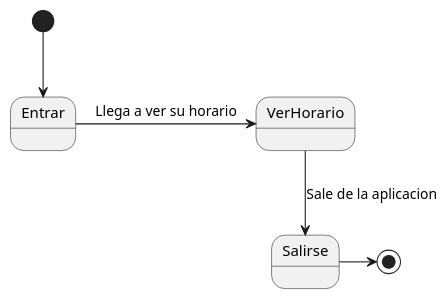
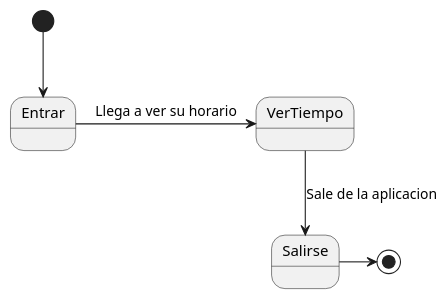
One commit to mmasias/23-24-IdSw1-SDR changed the diagram in modelosUML/casosDeUso/CDU.Revisar.puml. Above: the diagram before and after it, drawn with PlantUML. The commit also changed 6 other files, not shown here.

```diff
--- a/modelosUML/casosDeUso/CDU.Revisar.puml
+++ b/modelosUML/casosDeUso/CDU.Revisar.puml
@@ -1,14 +1,14 @@
 @startuml CDU-Revisar
 state Entrar
-state VerHorario
+state VerTiempo
 state Salirse
 
 [*] -->  Entrar 
 
-Entrar -r-> VerHorario : Llega a ver su horario
+Entrar -r-> VerTiempo : Llega a ver su horario
 
-VerHorario -d-> Salirse : Sale de la aplicacion
+VerTiempo -d-> Salirse : Sale de la aplicacion
 
 Salirse -r-> [*]
 
 @enduml
```
